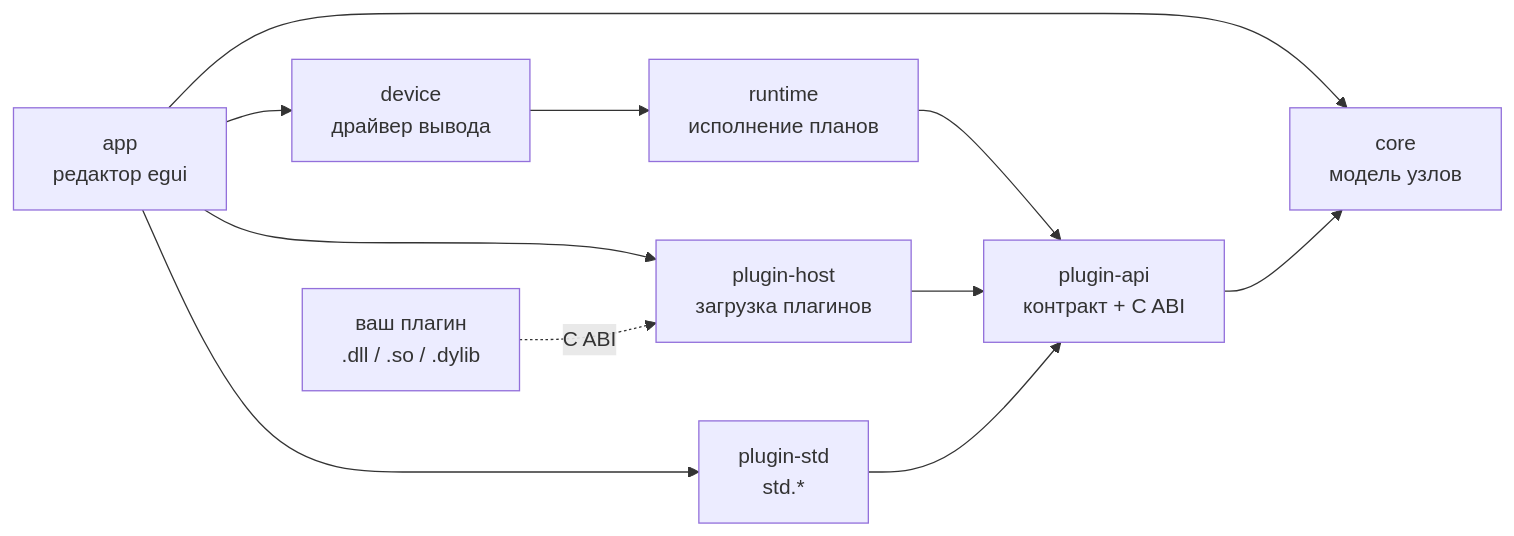
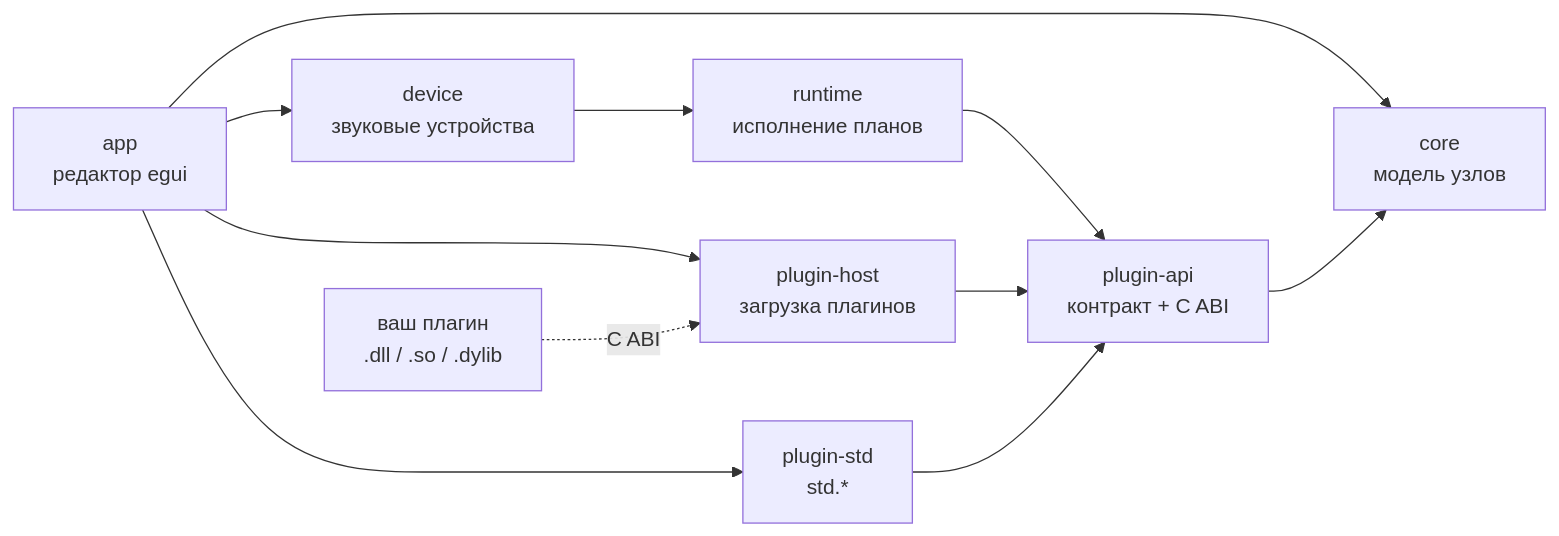
The diagram in README.ru.md (VanoSpalevoy/v-signal-nodes), drawn with Mermaid before and after one commit. The commit also changed other lines of this file and 36 other files, not shown here.

````diff
--- a/README.ru.md
+++ b/README.ru.md
@@ -129,13 +139,13 @@
 ```mermaid
 flowchart LR
     app["app<br/>редактор egui"] --> host["plugin-host<br/>загрузка плагинов"]
     app --> core["core<br/>модель узлов"]
-    app --> device["device<br/>драйвер вывода"]
+    app --> device["device<br/>звуковые устройства"]
     device --> runtime["runtime<br/>исполнение планов"]
     runtime --> api
     host --> api["plugin-api<br/>контракт + C ABI"]
     api --> core
     std["plugin-std<br/>std.*"] --> api
     app --> std
     dylib["ваш плагин<br/>.dll / .so / .dylib"] -. C ABI .-> host
 ```
````
